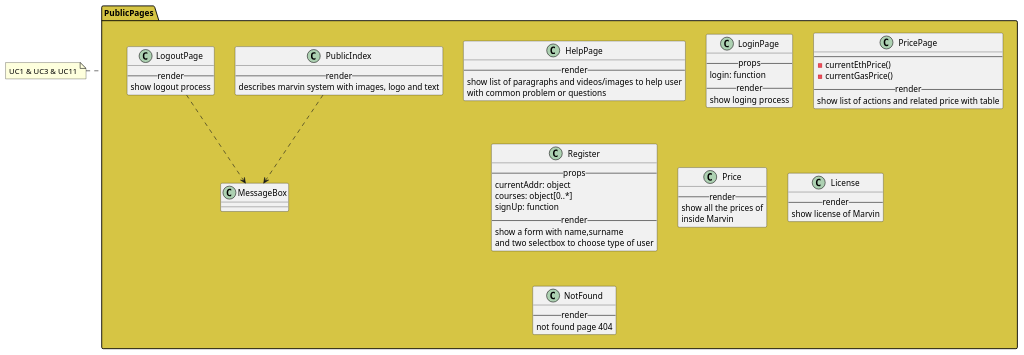
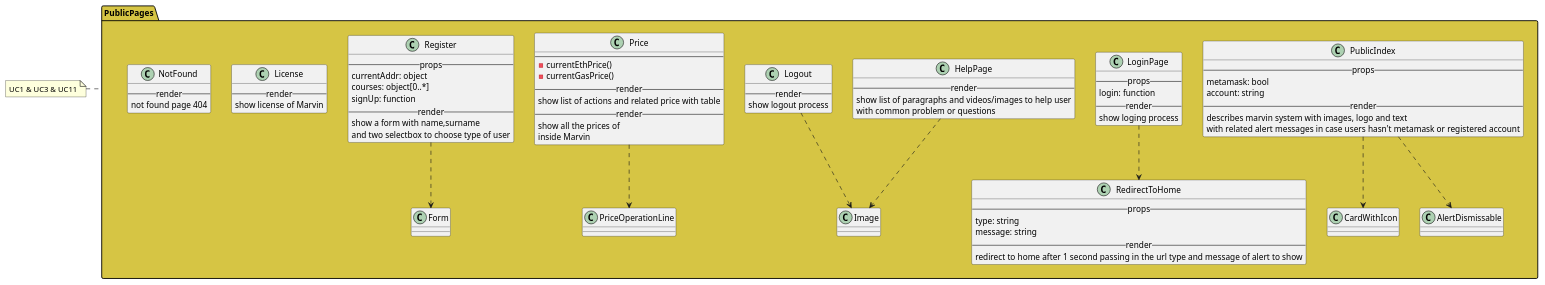
The diagram in react/public/index.iuml (M9k/Marvin-Uml), drawn with PlantUML before and after one commit. The commit also changed 15 other files, not shown here.

```diff
--- a/react/public/index.iuml
+++ b/react/public/index.iuml
@@ -1,64 +1,81 @@
 package PublicPages #D6C544 {
 
   class PublicIndex {
+    --props--
+    metamask: bool
+    account: string
     --render--
     describes marvin system with images, logo and text
+    with related alert messages in case users hasn't metamask or registered account
   }
-	PublicIndex ..> MessageBox
+	PublicIndex ..> CardWithIcon
+	PublicIndex ..> AlertDismissable
 
   class HelpPage {
     --render--
     show list of paragraphs and videos/images to help user
     with common problem or questions
   }
+  HelpPage ..> Image
 
   class LoginPage {
     --props--
     login: function
     --render--
     show loging process
   }
+  LoginPage ..> RedirectToHome
 
-  class LogoutPage {
+  class Logout {
     --render--
     show logout process
   }
-	LogoutPage ..> MessageBox
+	Logout ..> Image
 
-  class PricePage {
+  class Price {
     ----
     - currentEthPrice()
     - currentGasPrice()
     --render--
     show list of actions and related price with table
+  }
+  Price ..> PriceOperationLine
+
+  class RedirectToHome{
+    --props--
+    type: string
+    message: string
+    --render--
+    redirect to home after 1 second passing in the url type and message of alert to show
   }
 
   class Register {
     --props--
     currentAddr: object
     courses: object[0..*]
     signUp: function
     --render--
     show a form with name,surname
     and two selectbox to choose type of user
   }
+  Register ..> Form
 
    class Price {
            --render--
            show all the prices of
             inside Marvin
          }
 
    class License {
          --render--
          show license of Marvin
        }
 
    class NotFound {
          --render--
          not found page 404
        }
 
 }
 
 note left of PublicPages: UC1 & UC3 & UC11
```
